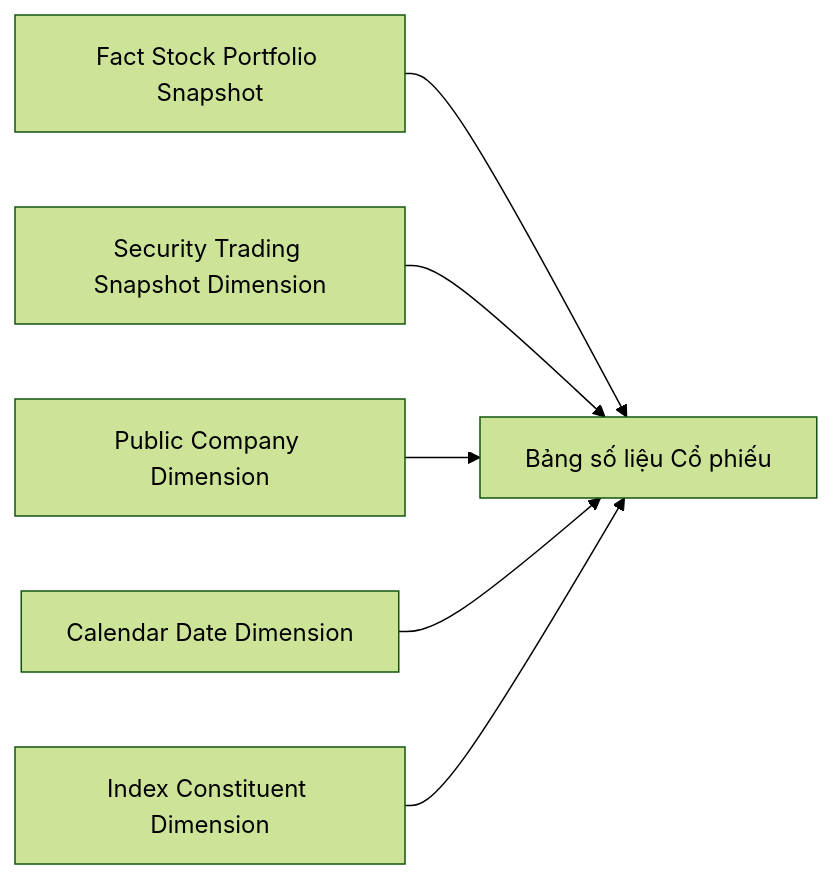
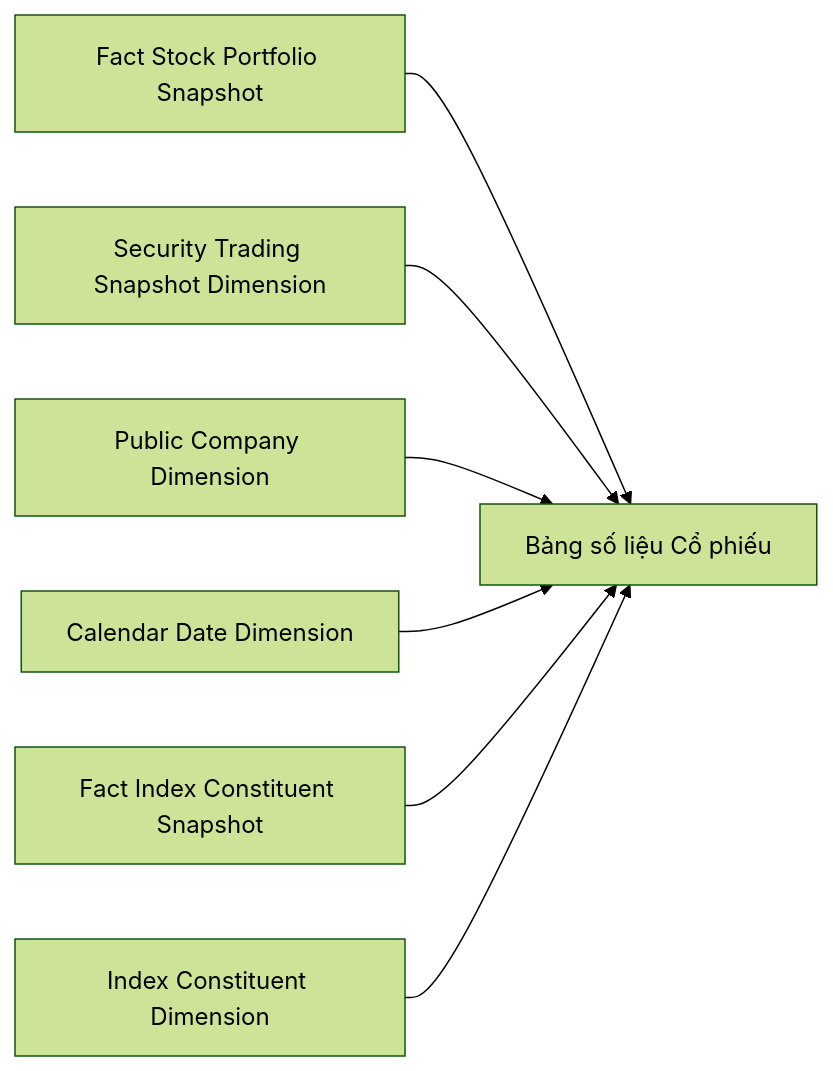
One commit to linhlvit/ubck_atomic_design changed the seventh of 46 diagrams in Datamart/hld/DTM_GSTT_HLD.md. Above: the diagram before and after it, drawn with Mermaid (forest theme). The commit also changed other lines of this file and 13 other files, not shown here.

Commit message:
feat(datamart): cap nhat thiet ke GSTT & GSDC - them fct_index_constituent_snpst, flat tables va detail mapping

````diff
--- a/Datamart/hld/DTM_GSTT_HLD.md
+++ b/Datamart/hld/DTM_GSTT_HLD.md
@@ -311,8 +344,9 @@
 ```mermaid
 flowchart LR
     F1["Fact Stock Portfolio Snapshot"] --> RPT1["Bảng số liệu Cổ phiếu"]
     D1["Security Trading Snapshot Dimension"] --> RPT1
     D2["Public Company Dimension"] --> RPT1
     D3["Calendar Date Dimension"] --> RPT1
+    F2["Fact Index Constituent Snapshot"] --> RPT1
     D4["Index Constituent Dimension"] --> RPT1
 ```
````
